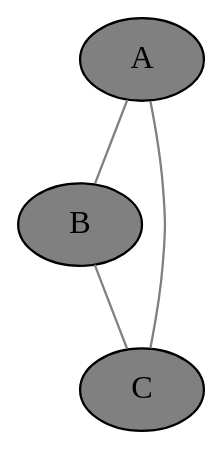
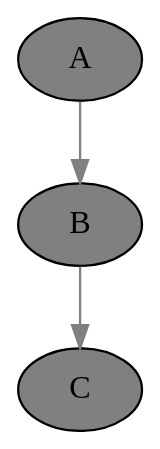
Before and after one commit to sswam/allemande: the first of 2 diagrams in README.md, drawn with Graphviz. The commit also changed other lines of this file, not shown here.

````diff
--- a/README.md
+++ b/README.md
@@ -91,3 +95,9 @@
 ```dot
-graph { bgcolor="transparent"; node [style=filled, fillcolor="#808080"]; edge [color="#808080"]; A -- B -- C -- A; }
+digraph G {
+    bgcolor="transparent"
+    node [style=filled, fillcolor="#808080"]
+    edge [color="#808080"]
+    A -> B;
+    B -> C;
+}
 ```
````
